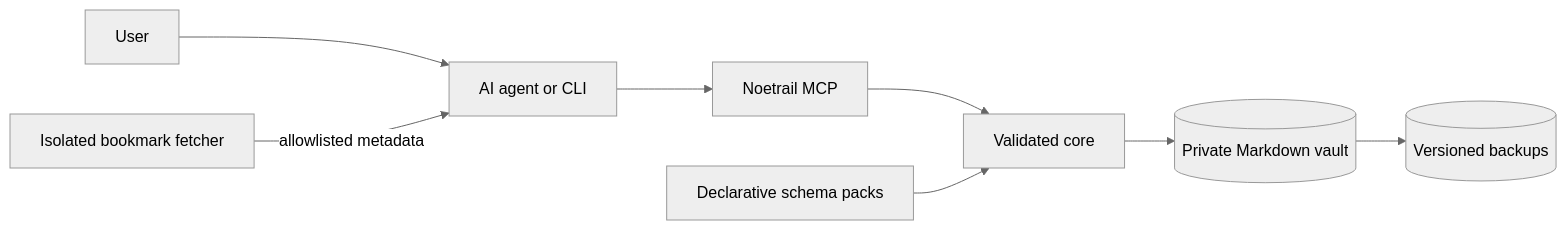
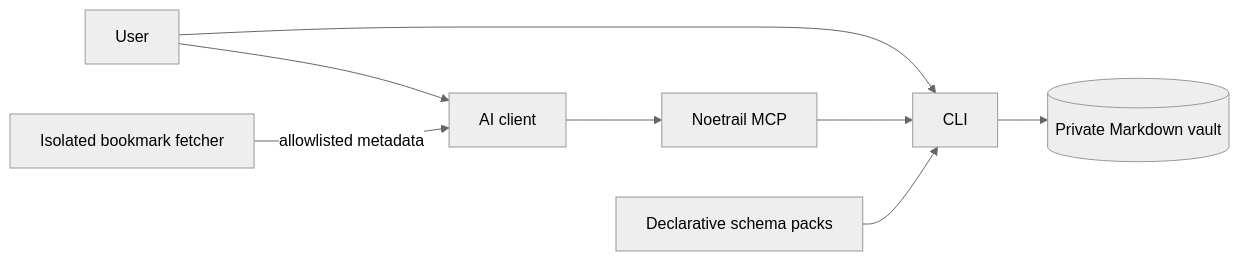
One commit to patsch1/noetrail changed the diagram in README.md. Above: the diagram before and after it, drawn with Mermaid (neutral theme). The commit also changed other lines of this file and 25 other files, not shown here.

````diff
--- a/README.md
+++ b/README.md
@@ -152,10 +151,10 @@
 ```mermaid
 flowchart LR
-    U["User"] --> A["AI agent or CLI"]
+    U["User"] --> C["CLI"]
+    U --> A["AI client"]
     A --> M["Noetrail MCP"]
-    M --> C["Validated core"]
+    M --> C
     C --> V[("Private Markdown vault")]
-    V --> B[("Versioned backups")]
     P["Declarative schema packs"] --> C
     W["Isolated bookmark fetcher"] -->|"allowlisted metadata"| A
 ```
````
